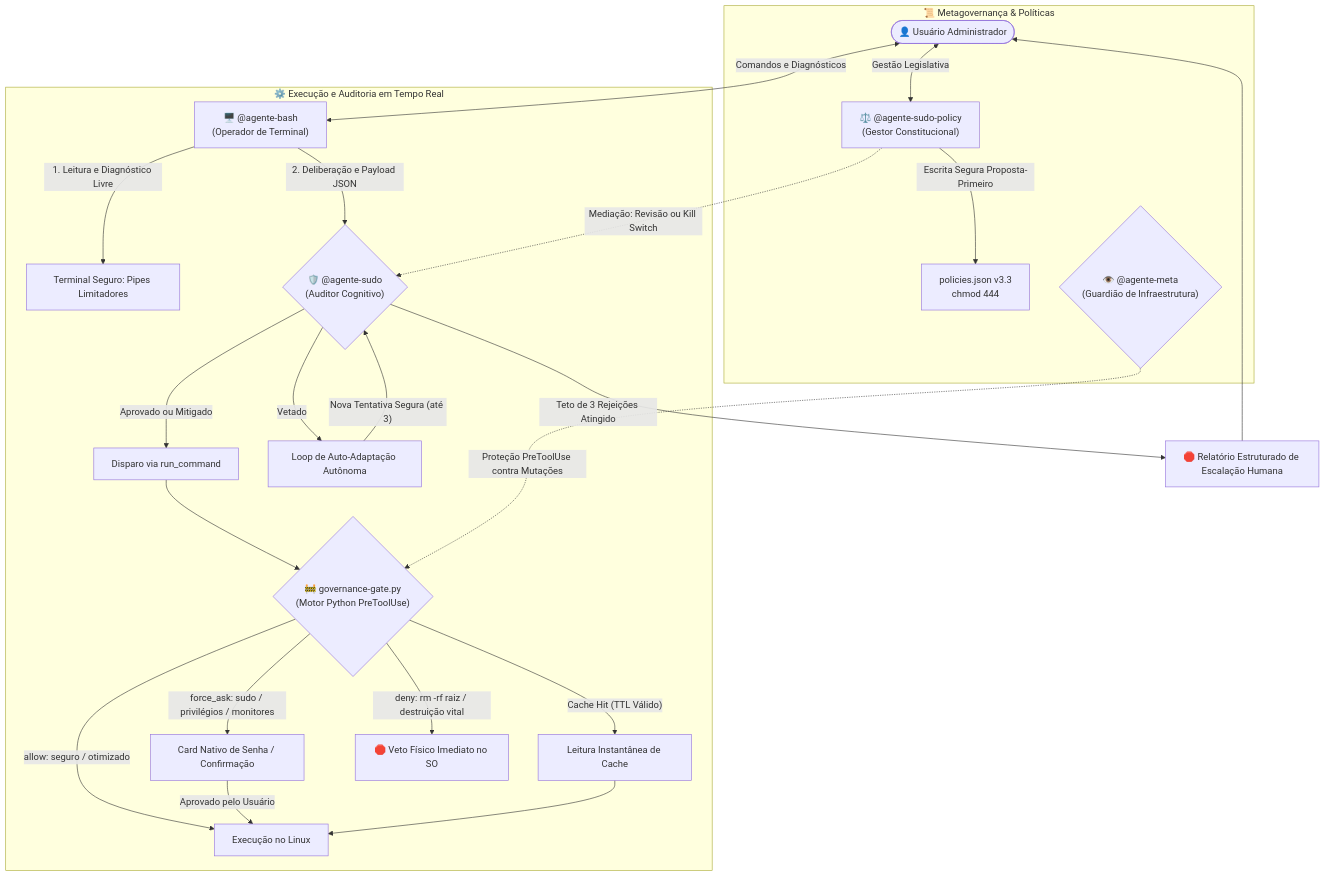
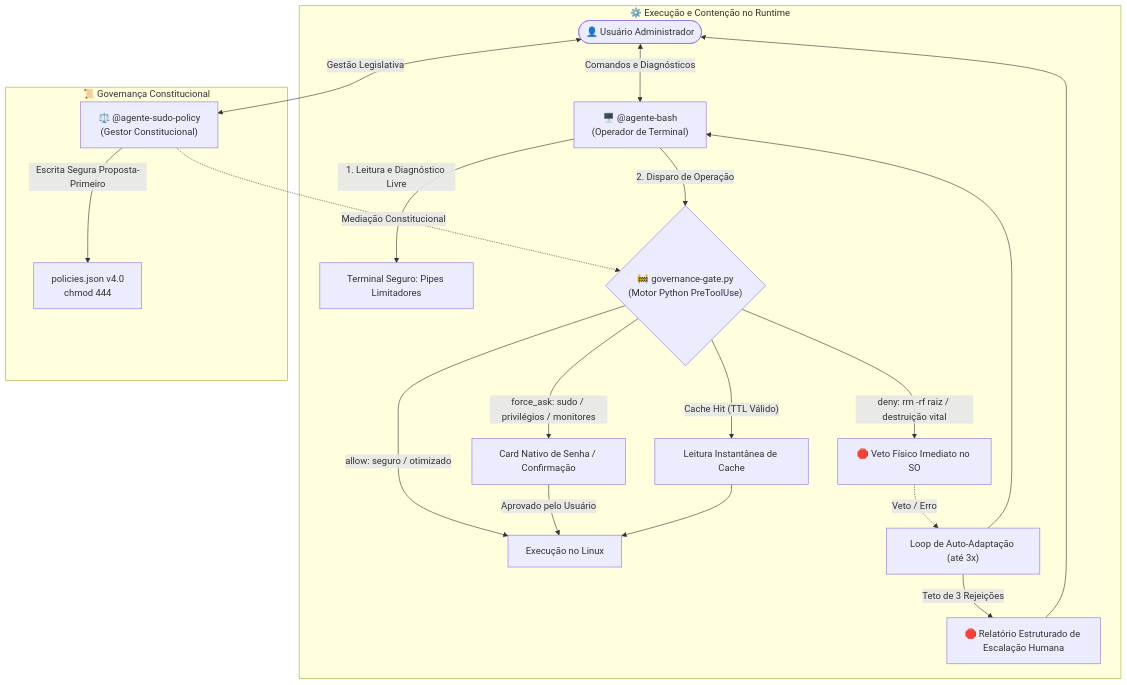
One commit to nickarab/bash-sudo-agents changed the diagram in README.md. Above: the diagram before and after it, drawn with Mermaid. The commit also changed other lines of this file and 8 other files, not shown here.

Commit message:
refactor(architecture): expurgar legado v3 e unificar sistema na trindade v4.0

````diff
--- a/README.md
+++ b/README.md
@@ -56,31 +56,28 @@
 ```mermaid
 flowchart TD
     User(["👤 Usuário Administrador"]) <-->|"Comandos e Diagnósticos"| Bash["🖥️ @agente-bash<br/>(Operador de Terminal)"]
     
-    subgraph Sandbox["⚙️ Execução e Auditoria em Tempo Real"]
+    subgraph Sandbox["⚙️ Execução e Contenção no Runtime"]
         Bash -->|"1. Leitura e Diagnóstico Livre"| TermBash["Terminal Seguro: Pipes Limitadores"]
-        Bash -->|"2. Deliberação e Payload JSON"| Sudo{"🛡️ @agente-sudo<br/>(Auditor Cognitivo)"}
+        Bash -->|"2. Disparo de Operação"| Gate{"🚧 governance-gate.py<br/>(Motor Python PreToolUse)"}
         
-        Sudo -->|"Aprovado ou Mitigado"| RunCmd["Disparo via run_command"]
-        Sudo -->|"Vetado"| LoopAdapt["Loop de Auto-Adaptação Autônoma"]
-        LoopAdapt -->|"Nova Tentativa Segura (até 3)"| Sudo
-        
-        RunCmd --> Gate{"🚧 governance-gate.py<br/>(Motor Python PreToolUse)"}
         Gate -->|"Cache Hit (TTL Válido)"| CacheRead["Leitura Instantânea de Cache"]
         Gate -->|"allow: seguro / otimizado"| OSExec["Execução no Linux"]
         Gate -->|"force_ask: sudo / privilégios / monitores"| PromptUser["Card Nativo de Senha / Confirmação"]
         Gate -->|"deny: rm -rf raiz / destruição vital"| HardBlock["🛑 Veto Físico Imediato no SO"]
+        
+        HardBlock -.->|"Veto / Erro"| LoopAdapt["Loop de Auto-Adaptação (até 3x)"]
+        LoopAdapt --> Bash
+        LoopAdapt -->|"Teto de 3 Rejeições"| Escalation["🛑 Relatório Estruturado de Escalação Humana"]
+        Escalation --> User
+        
         PromptUser -->|"Aprovado pelo Usuário"| OSExec
         CacheRead --> OSExec
     end
     
-    Sudo -->|"Teto de 3 Rejeições Atingido"| Escalation["🛑 Relatório Estruturado de Escalação Humana"]
-    Escalation --> User
-    
-    subgraph Governance["📜 Metagovernança & Políticas"]
+    subgraph Governance["📜 Governança Constitucional"]
         User <-->|"Gestão Legislativa"| Policy["⚖️ @agente-sudo-policy<br/>(Gestor Constitucional)"]
-        Policy -.->|"Mediação: Revisão ou Kill Switch"| Sudo
-        Policy -->|"Escrita Segura Proposta-Primeiro"| PoliciesFile["policies.json v3.3<br/>chmod 444"]
-        MetaGuard{"👁️ @agente-meta<br/>(Guardião de Infraestrutura)"} -.->|"Proteção PreToolUse contra Mutações"| Gate
+        Policy -.->|"Mediação Constitucional"| Gate
+        Policy -->|"Escrita Segura Proposta-Primeiro"| PoliciesFile["policies.json v4.0<br/>chmod 444"]
     end
 ```
````
